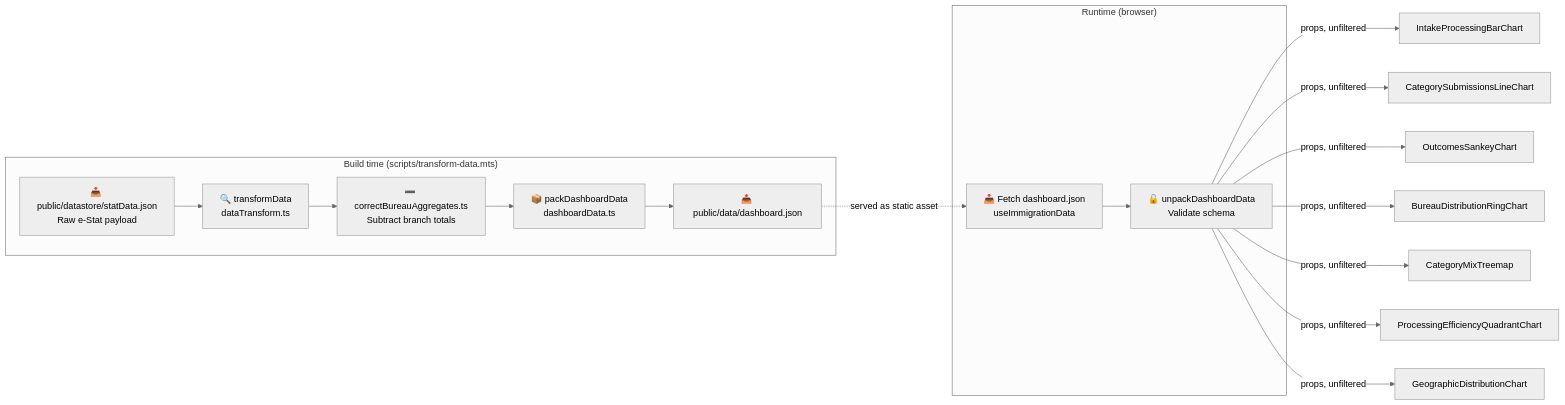
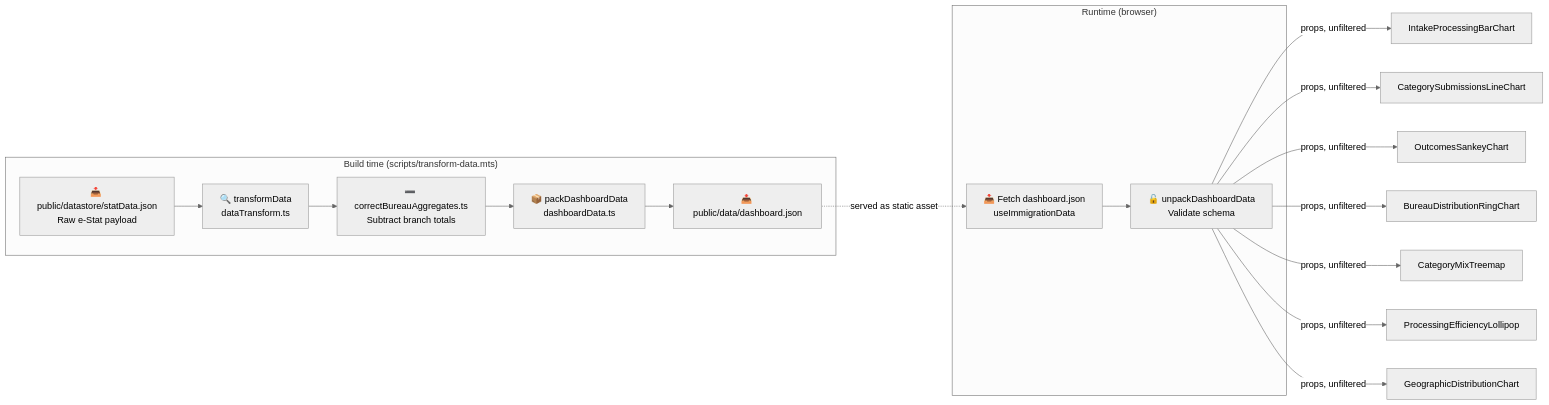
The eighth of 16 diagrams in ARCHITECTURE.md (RetroHazard/JP_Immigration_Dashboard), drawn with Mermaid (neutral theme) before and after one commit. The commit also changed other lines of this file and 7 other files, not shown here.

First line of the commit message:
Swap the ranked lollipop in as the live efficiency chart; slash the airport toggle when engaged

````diff
--- a/ARCHITECTURE.md
+++ b/ARCHITECTURE.md
@@ -341,32 +341,32 @@
 ```mermaid
 graph LR
     subgraph "Build time (scripts/transform-data.mts)"
         RAW["📥 public/datastore/statData.json<br/>Raw e-Stat payload"]
         FLATTEN["🔍 transformData<br/>dataTransform.ts"]
         CORRECT["➖ correctBureauAggregates.ts<br/>Subtract branch totals"]
         PACK["📦 packDashboardData<br/>dashboardData.ts"]
         OUT["📤 public/data/dashboard.json"]
         
         RAW --> FLATTEN
         FLATTEN --> CORRECT
         CORRECT --> PACK
         PACK --> OUT
     end
     
     subgraph "Runtime (browser)"
         FETCH["📥 Fetch dashboard.json<br/>useImmigrationData"]
         UNPACK["🔓 unpackDashboardData<br/>Validate schema"]
         
         FETCH --> UNPACK
     end
     
     OUT -.->|served as static asset| FETCH
     
     UNPACK -->|props, unfiltered| INTAKE["IntakeProcessingBarChart"]
     UNPACK -->|props, unfiltered| TYPES["CategorySubmissionsLineChart"]
     UNPACK -->|props, unfiltered| OUTCOMES["OutcomesSankeyChart"]
     UNPACK -->|props, unfiltered| SHARE["BureauDistributionRingChart"]
     UNPACK -->|props, unfiltered| MIX["CategoryMixTreemap"]
-    UNPACK -->|props, unfiltered| EFFICIENCY["ProcessingEfficiencyQuadrantChart"]
+    UNPACK -->|props, unfiltered| EFFICIENCY["ProcessingEfficiencyLollipop"]
     UNPACK -->|props, unfiltered| MAP["GeographicDistributionChart"]
 ```
````
